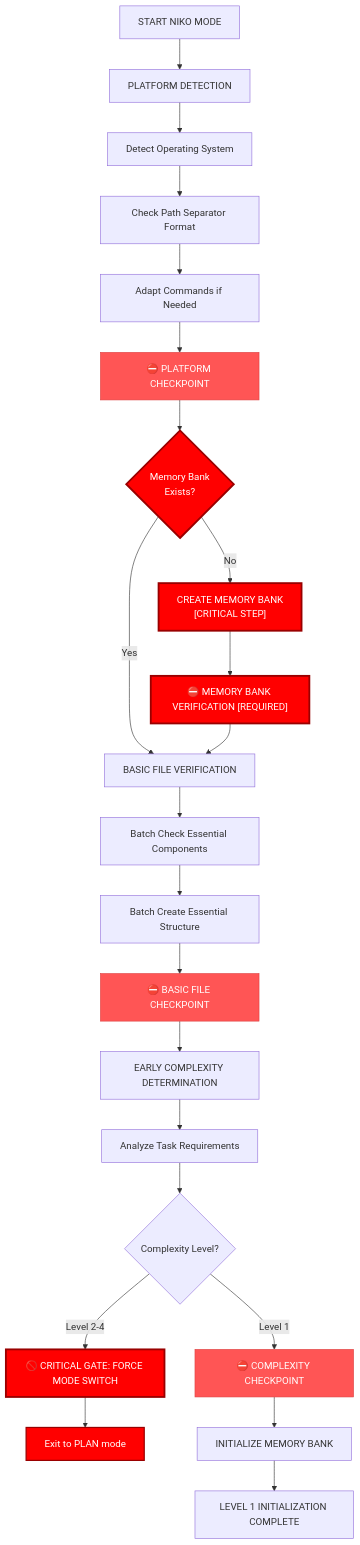
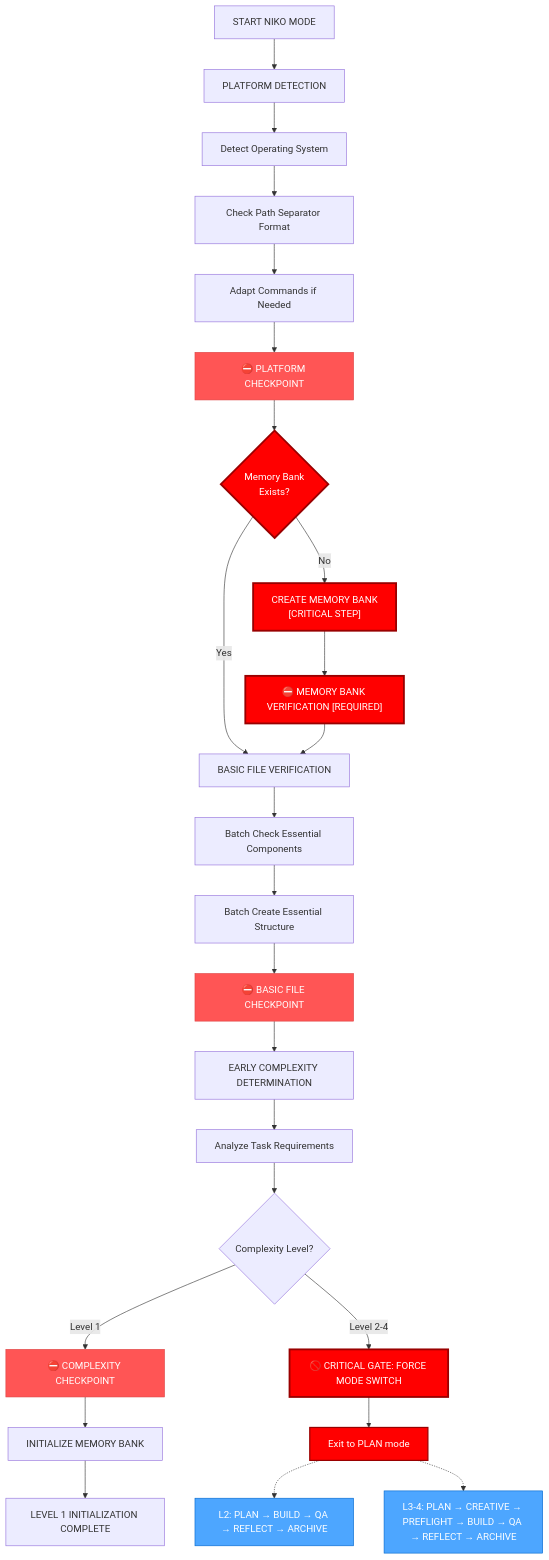
Before and after one commit to Texarkanine/.cursor-rules: the first of 12 diagrams in rulesets/niko/niko/visual-maps/van_mode_split/van-mode-map.mdc, drawn with Mermaid. The commit also changed other lines of this file and 20 other files, not shown here.

````diff
--- a/rulesets/niko/niko/visual-maps/van_mode_split/van-mode-map.mdc
+++ b/rulesets/niko/niko/visual-maps/van_mode_split/van-mode-map.mdc
@@ -15,44 +15,50 @@
 ```mermaid
 graph TD
     Start["START NIKO MODE"] --> PlatformDetect["PLATFORM DETECTION"]
     PlatformDetect --> DetectOS["Detect Operating System"]
     DetectOS --> CheckPath["Check Path Separator Format"]
     CheckPath --> AdaptCmds["Adapt Commands if Needed"]
     AdaptCmds --> PlatformCP["⛔ PLATFORM CHECKPOINT"]
-
+    
     %% Add Critical Memory Bank Checkpoint
     PlatformCP --> MemoryBankCheck{"Memory Bank<br>Exists?"}
     MemoryBankCheck -->|"No"| CreateMemoryBank["CREATE MEMORY BANK<br>[CRITICAL STEP]"]
     MemoryBankCheck -->|"Yes"| BasicFileVerify["BASIC FILE VERIFICATION"]
     CreateMemoryBank --> MemoryBankCP["⛔ MEMORY BANK VERIFICATION [REQUIRED]"]
     MemoryBankCP --> BasicFileVerify
-
+    
     %% Basic File Verification with checkpoint
     BasicFileVerify --> BatchCheck["Batch Check Essential Components"]
     BatchCheck --> BatchCreate["Batch Create Essential Structure"]
     BatchCreate --> BasicFileCP["⛔ BASIC FILE CHECKPOINT"]
-
+    
     %% Early Complexity Determination
     BasicFileCP --> EarlyComplexity["EARLY COMPLEXITY DETERMINATION"]
     EarlyComplexity --> AnalyzeTask["Analyze Task Requirements"]
     AnalyzeTask --> EarlyLevelCheck{"Complexity Level?"}
-
+    
     %% Level handling paths
     EarlyLevelCheck -->|"Level 1"| ComplexityCP["⛔ COMPLEXITY CHECKPOINT"]
     EarlyLevelCheck -->|"Level 2-4"| CRITICALGATE["🚫 CRITICAL GATE: FORCE MODE SWITCH"]
     CRITICALGATE --> ForceExit["Exit to PLAN mode"]
-
+    
     %% Level 1 continues normally
     ComplexityCP --> InitSystem["INITIALIZE MEMORY BANK"]
     InitSystem --> Complete1["LEVEL 1 INITIALIZATION COMPLETE"]
+    
+    %% Level-dependent workflow paths after PLAN mode
+    ForceExit -.-> L2Path["L2: PLAN → BUILD → QA → REFLECT → ARCHIVE"]
+    ForceExit -.-> L34Path["L3-4: PLAN → CREATIVE → PREFLIGHT → BUILD → QA → REFLECT → ARCHIVE"]
 
     %% Style nodes
     style PlatformCP fill:#f55,stroke:#d44,color:white
     style MemoryBankCP fill:#ff0000,stroke:#990000,color:white,stroke-width:3px
     style MemoryBankCheck fill:#ff0000,stroke:#990000,color:white,stroke-width:3px
     style CreateMemoryBank fill:#ff0000,stroke:#990000,color:white,stroke-width:3px
     style BasicFileCP fill:#f55,stroke:#d44,color:white
     style ComplexityCP fill:#f55,stroke:#d44,color:white
     style CRITICALGATE fill:#ff0000,stroke:#990000,color:white,stroke-width:3px
     style ForceExit fill:#ff0000,stroke:#990000,color:white,stroke-width:2px
+    style L2Path fill:#4da6ff,stroke:#0066cc,color:white
+    style L34Path fill:#4da6ff,stroke:#0066cc,color:white
 ```
````
